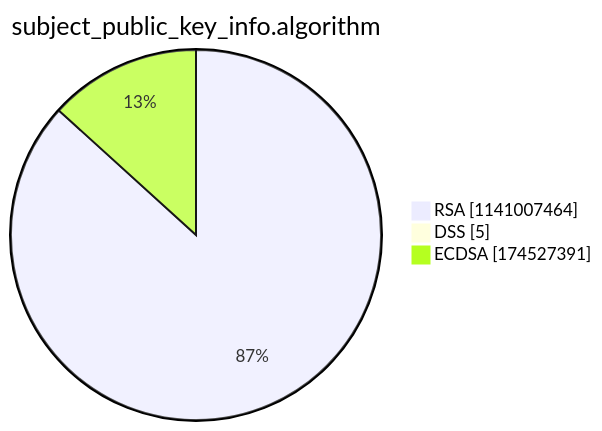
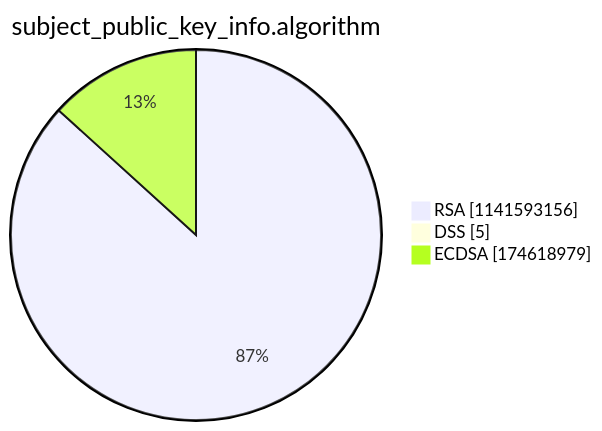
One commit to christiankrug/ctmonitor_visualization changed the third of 15 diagrams in argon2022/README.md. Above: the diagram before and after it, drawn with Mermaid. The commit also changed other lines of this file, not shown here.

````diff
--- a/argon2022/README.md
+++ b/argon2022/README.md
@@ -14,7 +14,7 @@
 ```mermaid
 pie showData
 title subject_public_key_info.algorithm
-"RSA" :1141007464
+"RSA" :1141593156
 "DSS" :5
-"ECDSA" :174527391
+"ECDSA" :174618979
 ```
````
